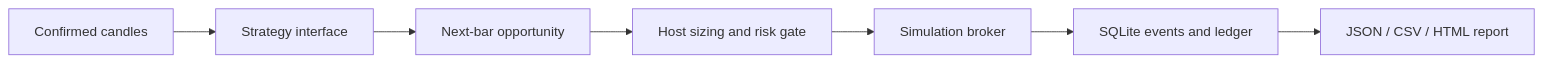
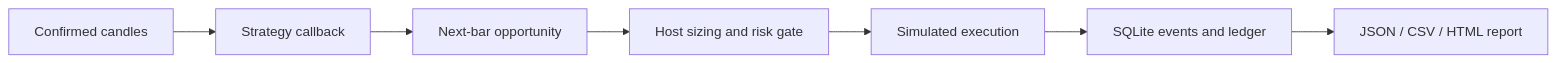
Before and after one commit to seanbc618-tech/eth-trading-research-lab: the diagram in README.md, drawn with Mermaid. The commit also changed other lines of this file and 7 other files, not shown here.

````diff
--- a/README.md
+++ b/README.md
@@ -38,9 +28,9 @@
 ```mermaid
 flowchart LR
-    A[Confirmed candles] --> B[Strategy interface]
+    A[Confirmed candles] --> B[Strategy callback]
     B --> C[Next-bar opportunity]
     C --> D[Host sizing and risk gate]
-    D --> E[Simulation broker]
+    D --> E[Simulated execution]
     E --> F[SQLite events and ledger]
     F --> G[JSON / CSV / HTML report]
 ```
````
